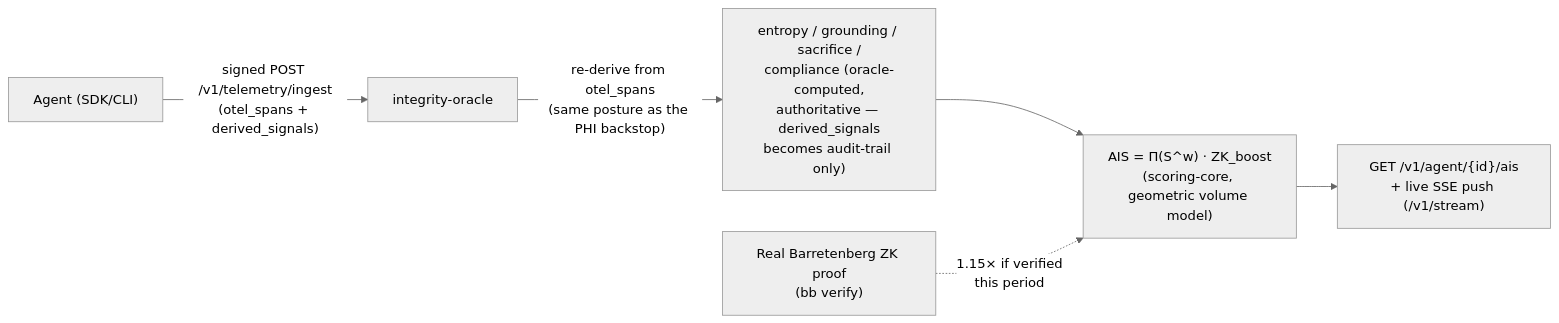
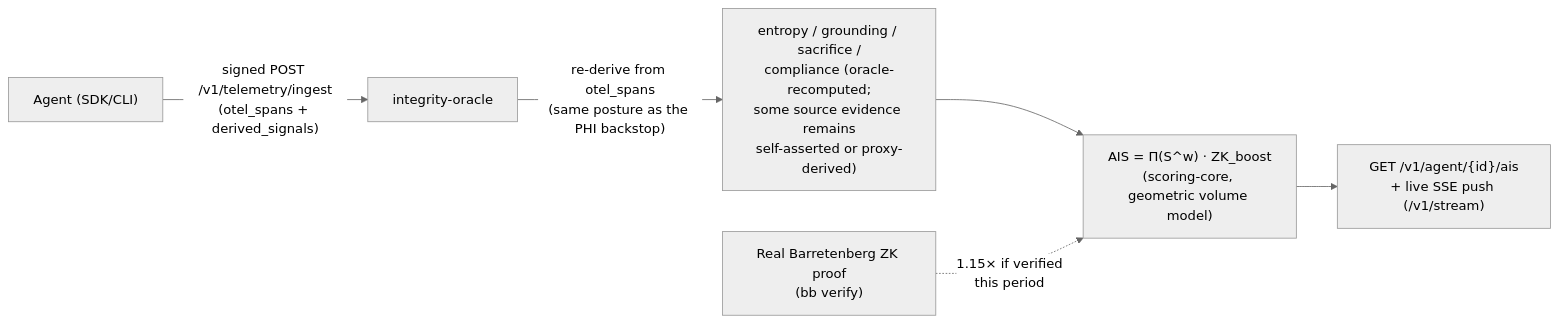
The diagram in docs/wiki/concepts/ais.md (XibalbaTechSol/integrity-core), drawn with Mermaid (neutral theme) before and after one commit. The commit also changed other lines of this file and 43 other files, not shown here.

````diff
--- a/docs/wiki/concepts/ais.md
+++ b/docs/wiki/concepts/ais.md
@@ -53,8 +53,8 @@
 ```mermaid
 flowchart LR
     Agent["Agent (SDK/CLI)"] -->|"signed POST /v1/telemetry/ingest<br/>(otel_spans + derived_signals)"| Oracle["integrity-oracle"]
-    Oracle -->|"re-derive from otel_spans<br/>(same posture as the PHI backstop)"| Recompute["entropy / grounding / sacrifice /<br/>compliance (oracle-computed,<br/>authoritative — derived_signals<br/>becomes audit-trail only)"]
+    Oracle -->|"re-derive from otel_spans<br/>(same posture as the PHI backstop)"| Recompute["entropy / grounding / sacrifice /<br/>compliance (oracle-recomputed;<br/>some source evidence remains<br/>self-asserted or proxy-derived)"]
     Recompute --> Formula["AIS = Π(S^w) · ZK_boost<br/>(scoring-core, geometric volume model)"]
     ZK["Real Barretenberg ZK proof<br/>(bb verify)"] -.->|"1.15× if verified<br/>this period"| Formula
     Formula --> API["GET /v1/agent/{id}/ais<br/>+ live SSE push (/v1/stream)"]
 ```
````
